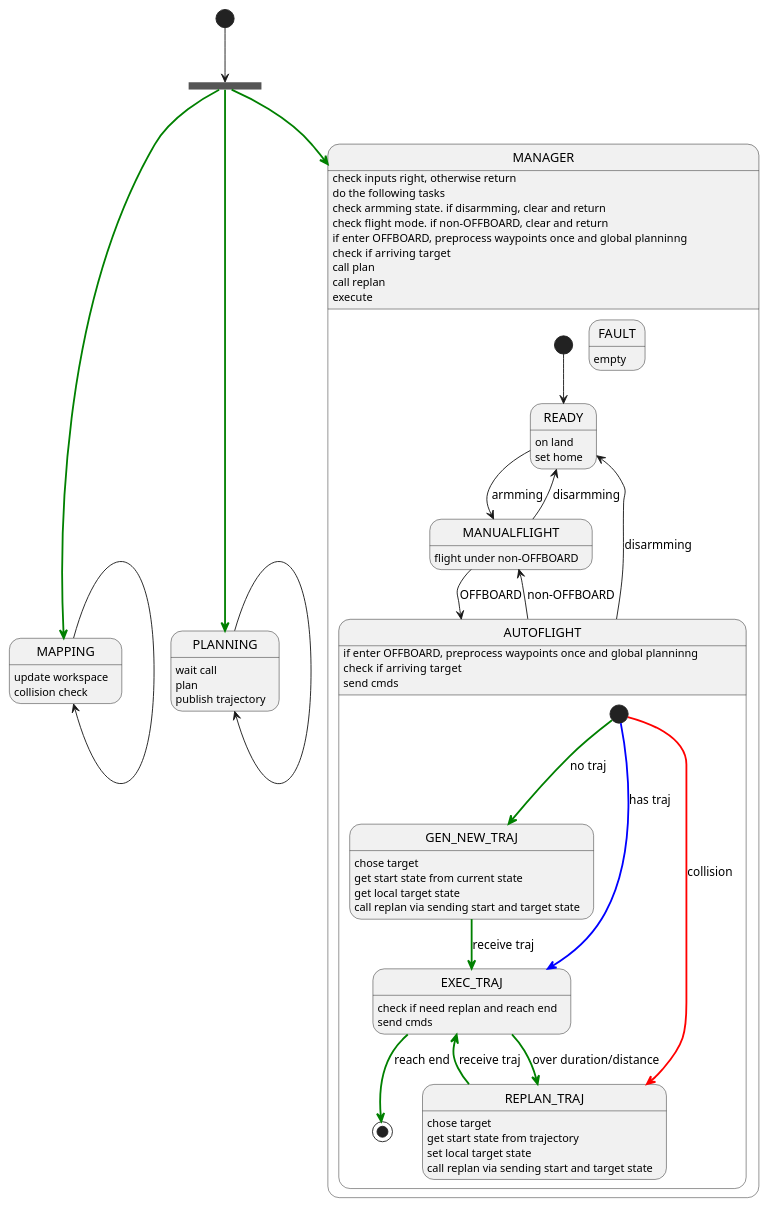
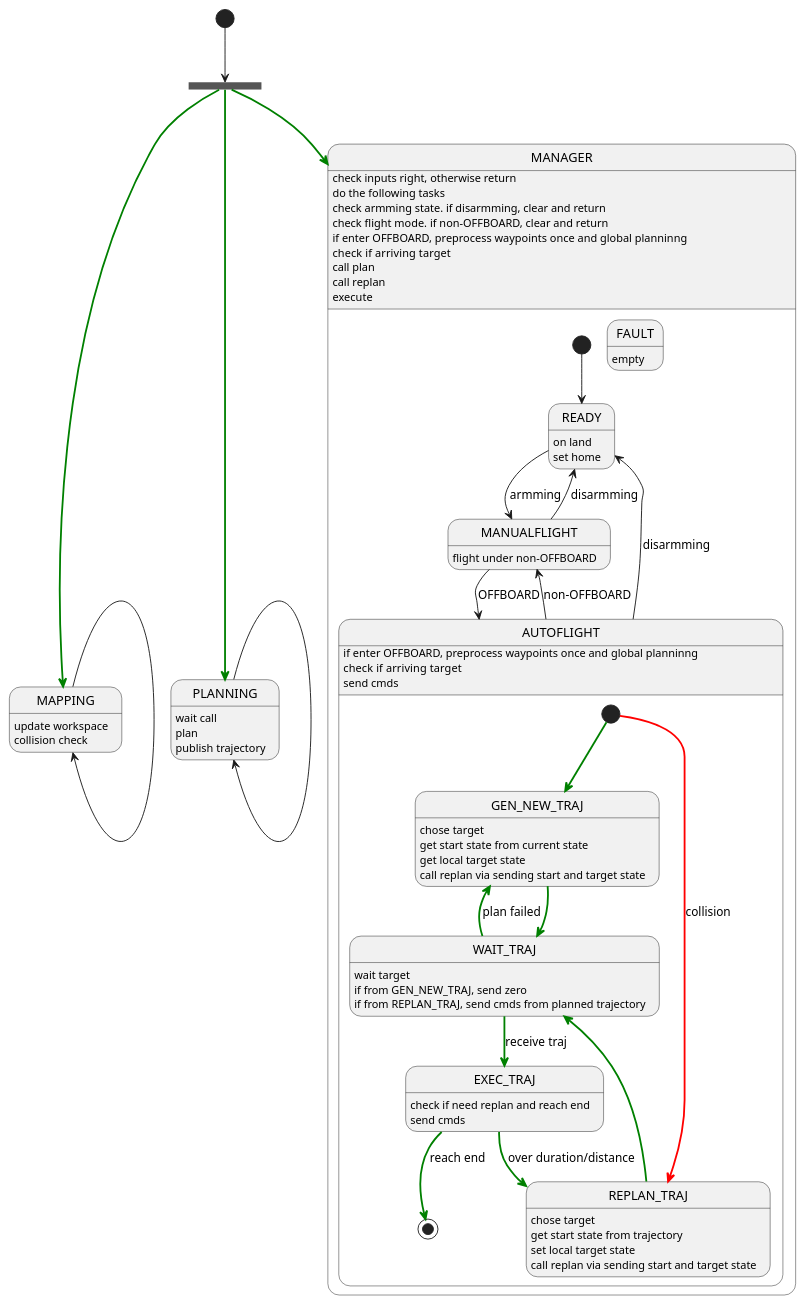
One commit to SEU-Drones/yfoa changed the diagram in state.puml. Above: the diagram before and after it, drawn with PlantUML. The commit also changed 3 other files, not shown here.

```diff
--- a/state.puml
+++ b/state.puml
@@ -1,96 +1,91 @@
 @startuml
 hide empty description
 
 
 state MAPPING: update workspace
 MAPPING: collision check
 MAPPING-->MAPPING
 
 state PLANNING: wait call
 PLANNING: plan
 PLANNING: publish trajectory
 PLANNING-->PLANNING
 
 
 state MANAGER: check inputs right, otherwise return
 state MANAGER: do the following tasks
 state MANAGER: check armming state. if disarmming, clear and return
 state MANAGER: check flight mode. if non-OFFBOARD, clear and return
 state MANAGER: if enter OFFBOARD, preprocess waypoints once and global planninng
 state MANAGER: check if arriving  target
 state MANAGER: call plan
 state MANAGER: call replan
 state MANAGER: execute
 
 state MANAGER{
 
     state READY: on land
     READY: set home
 
     state MANUALFLIGHT: flight under non-OFFBOARD
     ' MANUALFLIGHT: if enter OFFBOARD, preprocess waypoints
 
     state AUTOFLIGHT: if enter OFFBOARD, preprocess waypoints once and global planninng
     AUTOFLIGHT: check if arriving  target
     AUTOFLIGHT: send cmds
     state AUTOFLIGHT{
         state GEN_NEW_TRAJ: chose target
         GEN_NEW_TRAJ: get start state from current state
         GEN_NEW_TRAJ: get local target state
         GEN_NEW_TRAJ: call replan via sending start and target state
 
-        state EXEC_TRAJ: check if need replan and reach end
-        EXEC_TRAJ: send cmds
-
         state REPLAN_TRAJ: chose target
         REPLAN_TRAJ: get start state from trajectory
         REPLAN_TRAJ: set local target state
         REPLAN_TRAJ: call replan via sending start and target state
 
-        [*]-[#green,bold]-->GEN_NEW_TRAJ: no traj
-        [*]-[#blue,bold]-->EXEC_TRAJ: has traj
+        state EXEC_TRAJ: check if need replan and reach end
+        EXEC_TRAJ: send cmds
+
+        state WAIT_TRAJ: wait target
+        WAIT_TRAJ: if from GEN_NEW_TRAJ, send zero
+        WAIT_TRAJ: if from REPLAN_TRAJ, send cmds from planned trajectory
+
+        [*]-[#green,bold]-->GEN_NEW_TRAJ
         [*]-[#red,bold]-->REPLAN_TRAJ: collision
-        ' [*]-[#red,bold]-->[*]: arrived
 
+        GEN_NEW_TRAJ-[#green,bold]->WAIT_TRAJ
+        WAIT_TRAJ-[#green,bold]->GEN_NEW_TRAJ: plan failed
 
-
-        GEN_NEW_TRAJ-[#green,bold]->EXEC_TRAJ: receive traj
-        ' GEN_NEW_TRAJ-->GEN_NEW_TRAJ: plan failed
-        ' GEN_NEW_TRAJ-->WAIT_TARGET: handle target failed
-
-        ' EXEC_TRAJ-[#green,bold]->WAIT_TARGET:tajectory over
+        WAIT_TRAJ-[#green,bold]->EXEC_TRAJ: receive traj
         EXEC_TRAJ-[#green,bold]->REPLAN_TRAJ: over duration/distance
 
-        REPLAN_TRAJ-[#green,bold]->EXEC_TRAJ: receive traj
-        ' REPLAN_TRAJ-->GEN_NEW_TRAJ: plan failed
-        ' REPLAN_TRAJ-->WAIT_TARGET: handle target failed
+        REPLAN_TRAJ-[#green,bold]->WAIT_TRAJ
 
         EXEC_TRAJ-[#green,bold]->[*]: reach end
-
     }
-
 
     state FAULT: empty
 
     ' [*] -[#green,bold]-> IDLE: initialization
     [*]-->READY
     READY --> MANUALFLIGHT: armming
     MANUALFLIGHT-->READY: disarmming
     ' MANUALFLIGHT --> MANUALFLIGHT
     MANUALFLIGHT --> AUTOFLIGHT: OFFBOARD
     AUTOFLIGHT --> MANUALFLIGHT: non-OFFBOARD
     AUTOFLIGHT --> READY: disarmming
 
 }
 
 state fork_state <<fork>>
 [*]-->fork_state
 fork_state-[#green,bold]->MANAGER
 fork_state-[#green,bold]->MAPPING
 fork_state-[#green,bold]->PLANNING
 
 
 
 
 
 @enduml
```
